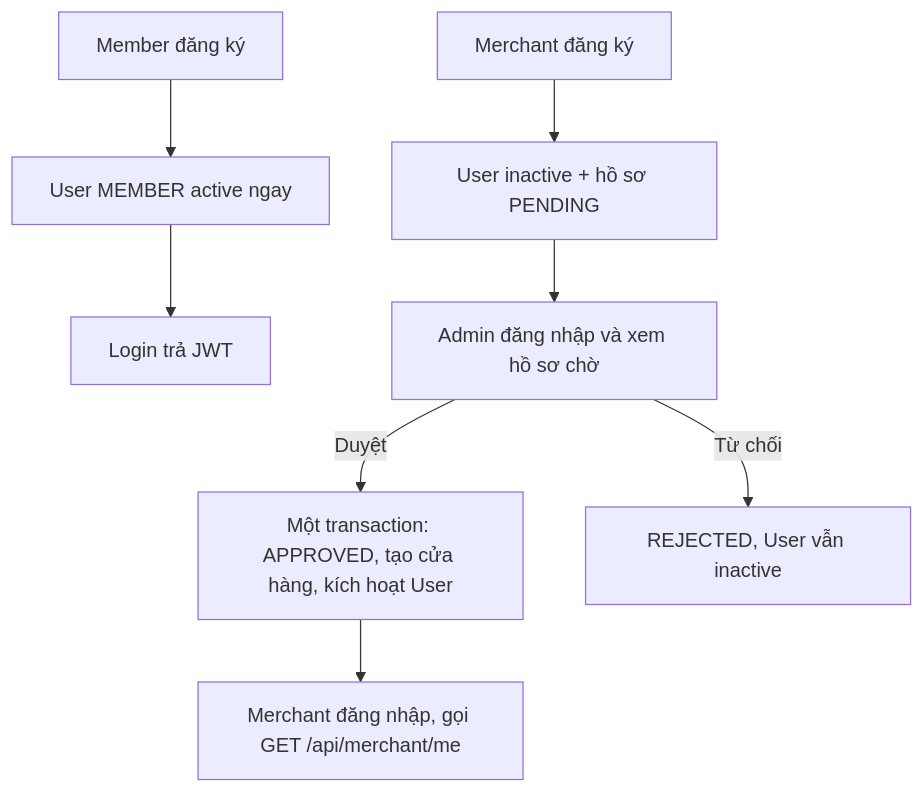
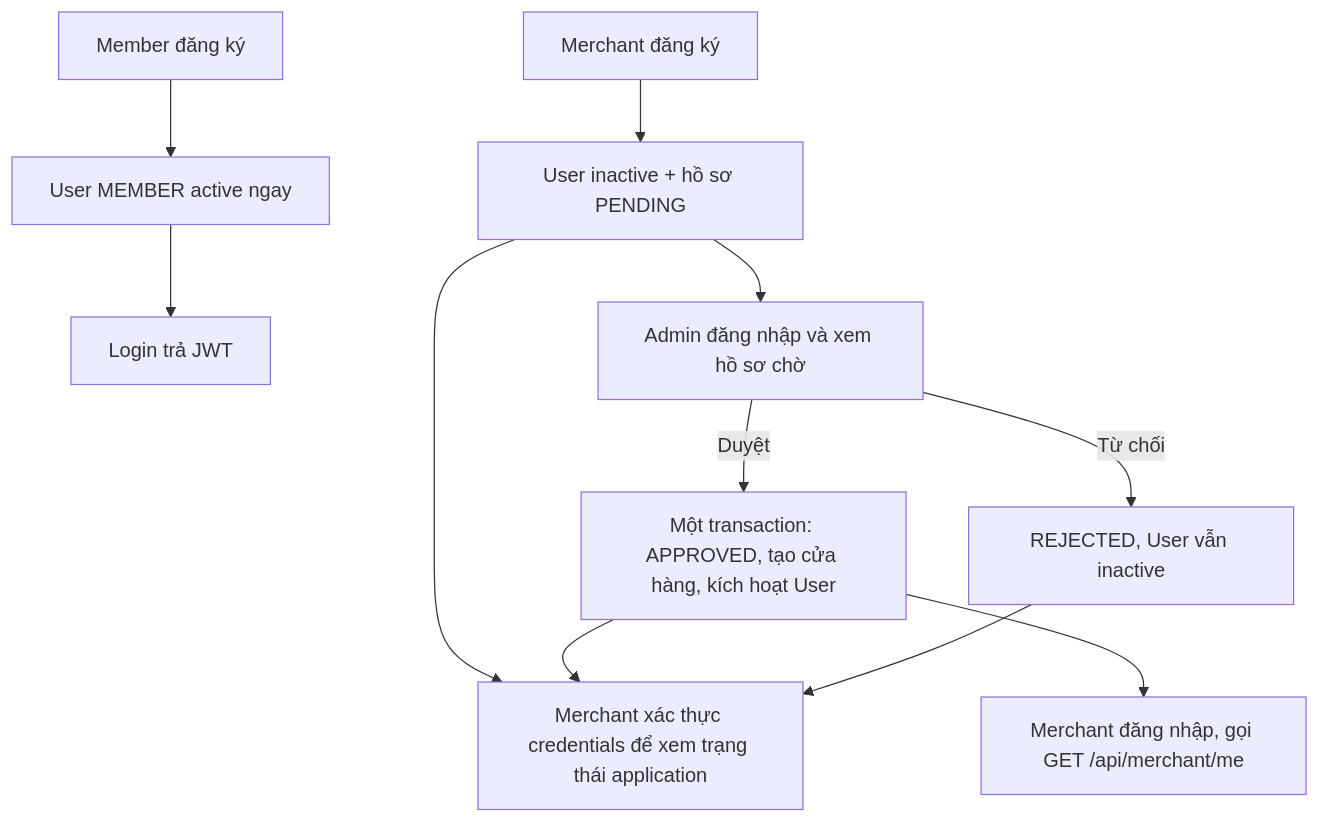
The diagram in docs/superpowers/specs/2026-11-09-backend-milestone-2-design.md (jack1e2401/incomsg), drawn with Mermaid before and after one commit. The commit also changed other lines of this file and 7 other files, not shown here.

Commit message:
feat: expose merchant application status

```diff
--- a/docs/superpowers/specs/2026-11-09-backend-milestone-2-design.md
+++ b/docs/superpowers/specs/2026-11-09-backend-milestone-2-design.md
@@ -5,9 +5,12 @@
 ~~~mermaid
 flowchart TD
   M["Member đăng ký"] --> MA["User MEMBER active ngay"] --> L["Login trả JWT"]
   R["Merchant đăng ký"] --> P["User inactive + hồ sơ PENDING"]
   P --> A["Admin đăng nhập và xem hồ sơ chờ"]
   A -->|Duyệt| T["Một transaction: APPROVED, tạo cửa hàng, kích hoạt User"]
   A -->|Từ chối| X["REJECTED, User vẫn inactive"]
+  P --> S["Merchant xác thực credentials để xem trạng thái application"]
+  T --> S
+  X --> S
   T --> G["Merchant đăng nhập, gọi GET /api/merchant/me"]
 ~~~
```
